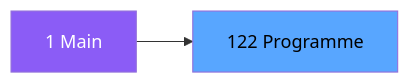
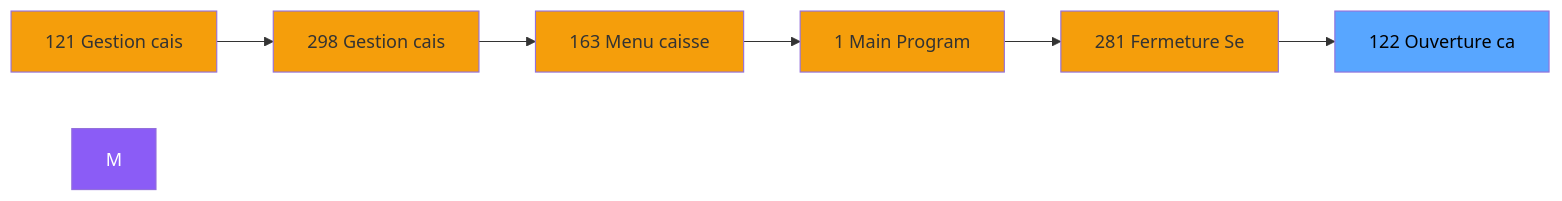
The second of 3 diagrams in .openspec/specs/ADH-IDE-122.md (thonyAGP/magic-migration), drawn with Mermaid before and after one commit. The commit also changed other lines of this file and 323 other files, not shown here.

````diff
--- a/.openspec/specs/ADH-IDE-122.md
+++ b/.openspec/specs/ADH-IDE-122.md
@@ -101,8 +115,21 @@
 ```mermaid
 graph LR
-    M[1 Main]
-    T[122 Programme]
-    M --> T
+    N121[121 Gestion cais]
+    N298[298 Gestion cais]
+    N163[163 Menu caisse ]
+    N1[1 Main Program]
+    N281[281 Fermeture Se]
+    T[122 Ouverture ca]
+    N121 --> N298
+    N298 --> N163
+    N163 --> N1
+    N1 --> N281
+    N281 --> T
     style M fill:#8b5cf6,color:#fff
+    style N121 fill:#f59e0b
+    style N298 fill:#f59e0b
+    style N163 fill:#f59e0b
+    style N1 fill:#f59e0b
+    style N281 fill:#f59e0b
     style T fill:#58a6ff,color:#000
 ```
````
